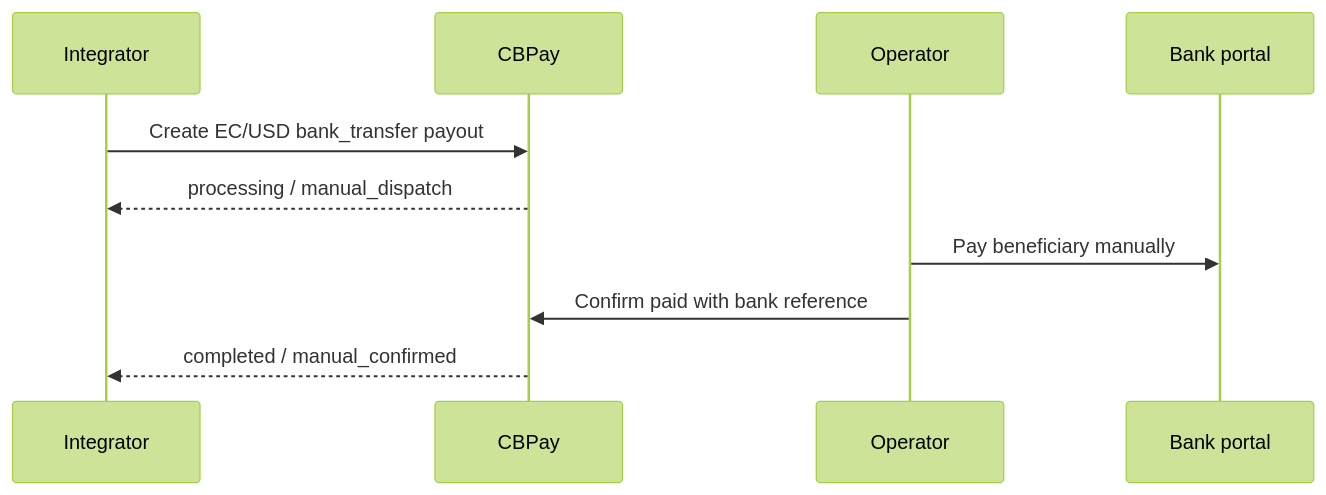
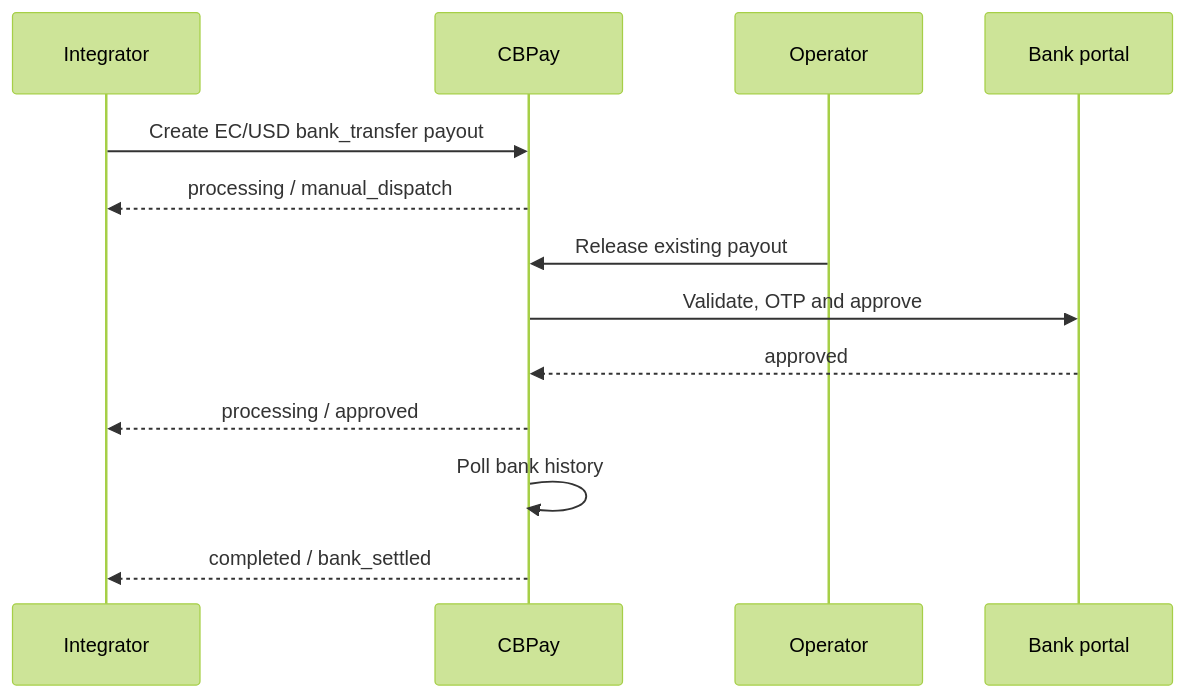
Before and after one commit to CBpayapp/cbpay-docs: the diagram in en/guides/ecuador-manual-payouts.mdx, drawn with Mermaid (forest theme). The commit also changed other lines of this file and 35 other files, not shown here.

First line of the commit message:
docs: publish EC automatic payout release

````diff
--- a/en/guides/ecuador-manual-payouts.mdx
+++ b/en/guides/ecuador-manual-payouts.mdx
@@ -31,12 +32,15 @@
 ```mermaid
 sequenceDiagram
   participant I as Integrator
   participant C as CBPay
   participant O as Operator
   participant B as Bank portal
   I->>C: Create EC/USD bank_transfer payout
   C-->>I: processing / manual_dispatch
-  O->>B: Pay beneficiary manually
-  O->>C: Confirm paid with bank reference
-  C-->>I: completed / manual_confirmed
+  O->>C: Release existing payout
+  C->>B: Validate, OTP and approve
+  B-->>C: approved
+  C-->>I: processing / approved
+  C->>C: Poll bank history
+  C-->>I: completed / bank_settled
 ```
````
